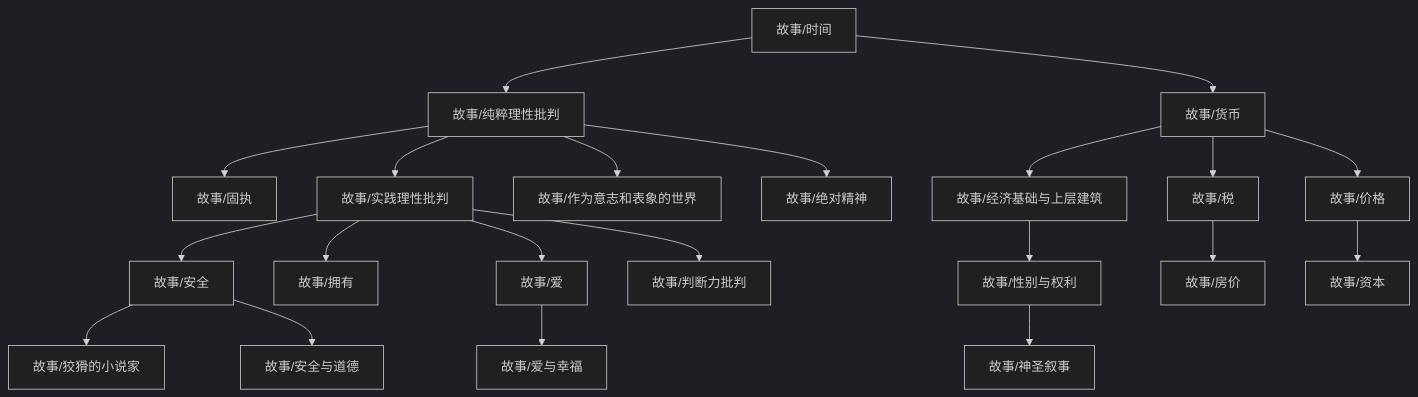
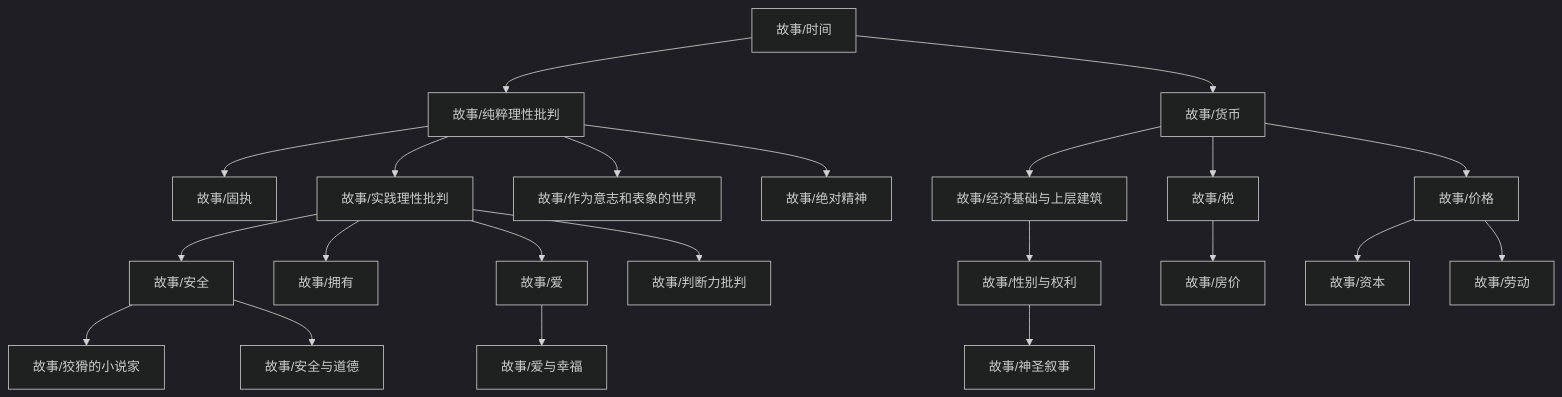
Before and after one commit to zeroDtree/zeroDtree.github.io: the diagram in content/故事/dependency_graph.md, drawn with Mermaid (dark theme). The commit also changed 2 other files, not shown here.

````diff
--- a/content/故事/dependency_graph.md
+++ b/content/故事/dependency_graph.md
@@ -1,23 +1,24 @@
 ```mermaid
 graph TD
 1["故事/纯粹理性批判"] --> 0["故事/固执"]
 3["故事/经济基础与上层建筑"] --> 2["故事/性别与权利"]
 5["故事/价格"] --> 4["故事/资本"]
 7["故事/安全"] --> 6["故事/狡猾的小说家"]
 1["故事/纯粹理性批判"] --> 8["故事/实践理性批判"]
 9["故事/时间"] --> 1["故事/纯粹理性批判"]
 8["故事/实践理性批判"] --> 7["故事/安全"]
 10["故事/货币"] --> 3["故事/经济基础与上层建筑"]
 8["故事/实践理性批判"] --> 11["故事/拥有"]
 10["故事/货币"] --> 12["故事/税"]
 12["故事/税"] --> 13["故事/房价"]
 8["故事/实践理性批判"] --> 14["故事/爱"]
 10["故事/货币"] --> 5["故事/价格"]
 1["故事/纯粹理性批判"] --> 16["故事/作为意志和表象的世界"]
 1["故事/纯粹理性批判"] --> 17["故事/绝对精神"]
 7["故事/安全"] --> 18["故事/安全与道德"]
 2["故事/性别与权利"] --> 19["故事/神圣叙事"]
 14["故事/爱"] --> 20["故事/爱与幸福"]
 9["故事/时间"] --> 10["故事/货币"]
-8["故事/实践理性批判"] --> 21["故事/判断力批判"]
+5["故事/价格"] --> 21["故事/劳动"]
+8["故事/实践理性批判"] --> 22["故事/判断力批判"]
 ```
````
